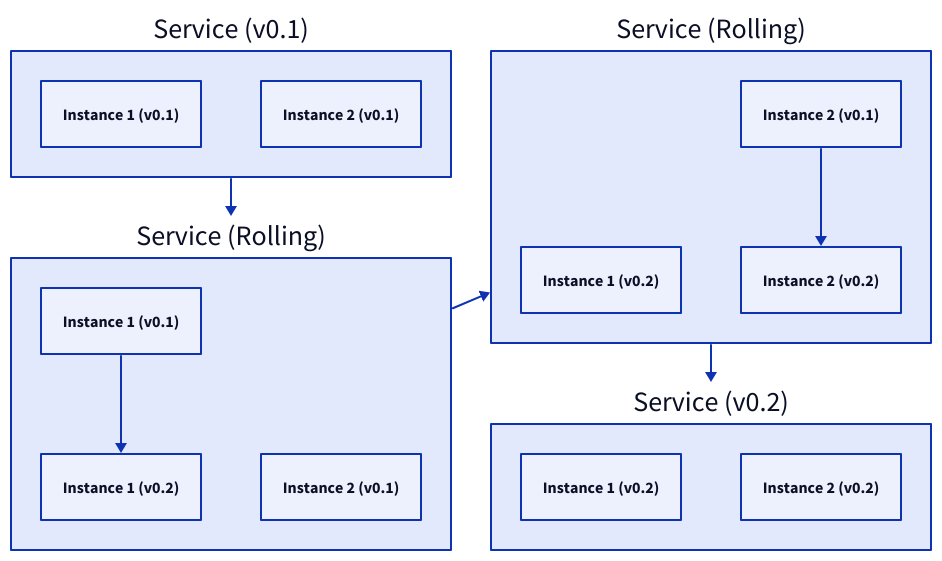
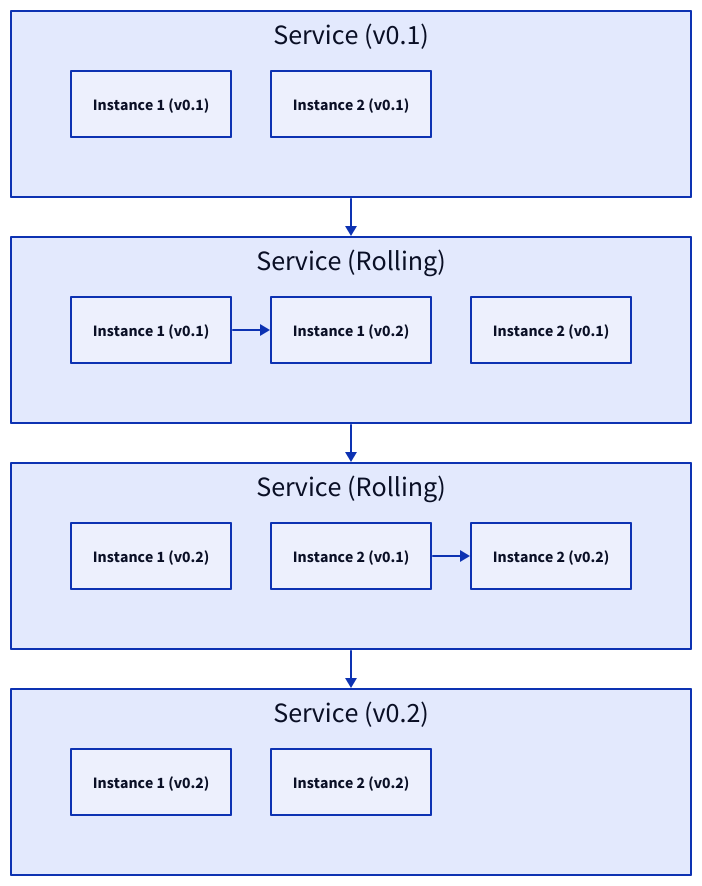
Before and after one commit to link1905/system-design-101: the seventh of 9 diagrams in content/docs/system-administration/system-deployment/deployment-strategies.md, drawn with D2. The commit also changed other lines of this file and 21 other files, not shown here.

````diff
--- a/content/docs/system-administration/system-deployment/deployment-strategies.md
+++ b/content/docs/system-administration/system-deployment/deployment-strategies.md
@@ -208,44 +214,48 @@
 ```d2
-grid-columns: 2
+grid-columns: 1
 s1: "Service (v0.1)" {
-    i1: "Instance 1 (v0.1)" {
-      class: server
-    }
-    i2: "Instance 2 (v0.1)" {
-      class: server
-    }
+  grid-rows: 1
+  i1: "Instance 1 (v0.1)" {
+    class: server
+  }
+  i2: "Instance 2 (v0.1)" {
+    class: server
+  }
 }
 s2: "Service (Rolling)" {
-    i1: "Instance 1 (v0.1)" {
-      class: generic-error
-    }
-    i1n: "Instance 1 (v0.2)" {
-      class: server
-    }
-    i2: "Instance 2 (v0.1)" {
-      class: server
-    }
-    i1 -> i1n
+  grid-rows: 1
+  i1: "Instance 1 (v0.1)" {
+    class: generic-error
+  }
+  i1n: "Instance 1 (v0.2)" {
+    class: server
+  }
+  i2: "Instance 2 (v0.1)" {
+    class: server
+  }
+  i1 -> i1n
 }
 s3: "Service (Rolling)" {
+  grid-rows: 1
   i1: "Instance 1 (v0.2)" {
     class: server
   }
   i2: "Instance 2 (v0.1)" {
     class: generic-error
   }
   i2n: "Instance 2 (v0.2)" {
     class: server
   }
   i2 -> i2n
 }
 s4: "Service (v0.2)" {
+  grid-rows: 1
   i1: "Instance 1 (v0.2)" {
     class: server
   }
   i2: "Instance 2 (v0.2)" {
     class: server
   }
 }
 s1 -> s2 -> s3 -> s4
 ```
````
